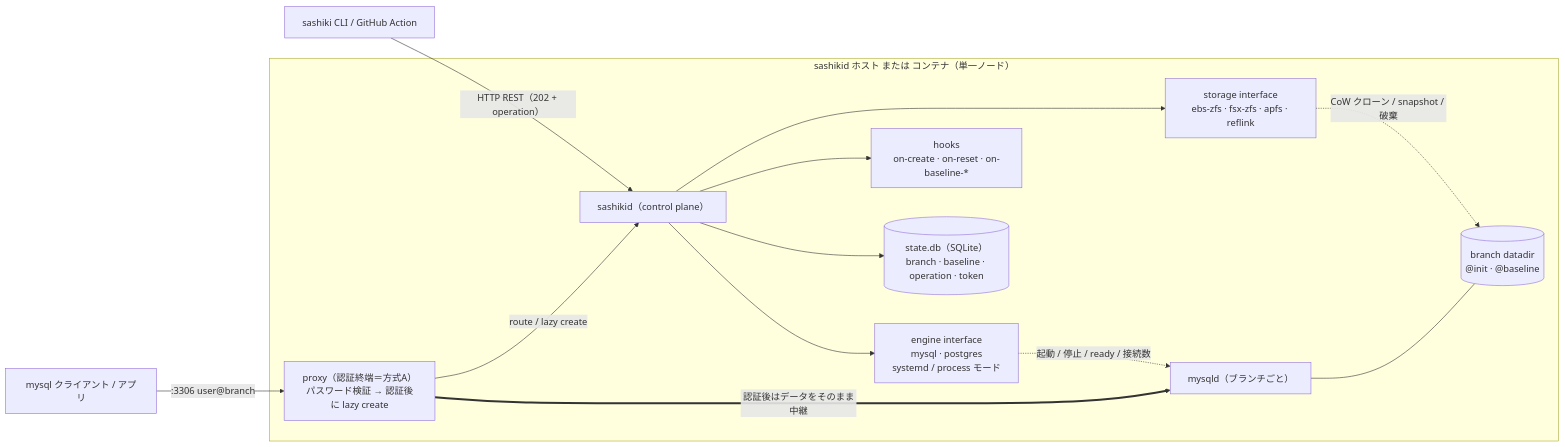
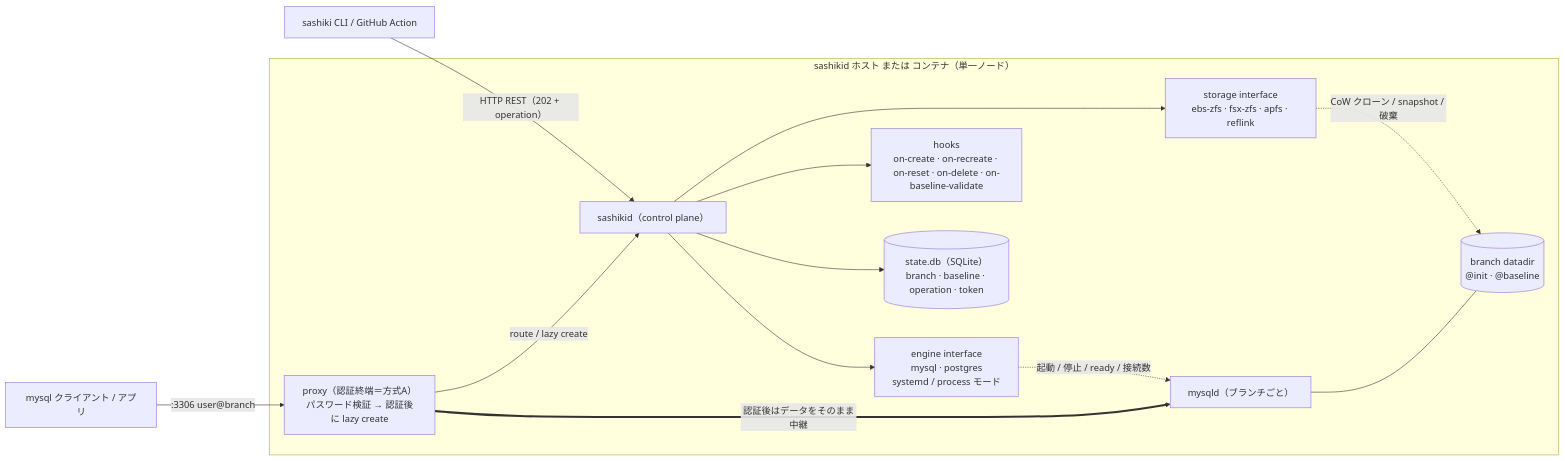
Before and after one commit to rikukadev/sashiki: the diagram in README.md, drawn with Mermaid. The commit also changed other lines of this file and 11 other files, not shown here.

````diff
--- a/README.md
+++ b/README.md
@@ -342,23 +353,23 @@
 ```mermaid
 flowchart LR
   cli["sashiki CLI / GitHub Action"]
   app["mysql クライアント / アプリ"]
 
   cli -->|"HTTP REST（202 + operation）"| d
   app -->|":3306  user@branch"| proxy
 
   subgraph host["sashikid ホスト または コンテナ（単一ノード）"]
     proxy["proxy（認証終端＝方式A）<br/>パスワード検証 → 認証後に lazy create"]
     d["sashikid（control plane）"]
     proxy -->|"route / lazy create"| d
     d --> storage["storage interface<br/>ebs-zfs · fsx-zfs · apfs · reflink"]
     d --> engine["engine interface<br/>mysql · postgres<br/>systemd / process モード"]
-    d --> hooks["hooks<br/>on-create · on-reset · on-baseline-*"]
+    d --> hooks["hooks<br/>on-create · on-recreate · on-reset · on-delete · on-baseline-validate"]
     d --> state[("state.db（SQLite）<br/>branch · baseline · operation · token")]
     engine -.->|"起動 / 停止 / ready / 接続数"| mysqld["mysqld（ブランチごと）"]
     storage -.->|"CoW クローン / snapshot / 破棄"| datadir[("branch datadir<br/>@init · @baseline")]
     mysqld --- datadir
   end
 
   proxy ==>|"認証後はデータをそのまま中継"| mysqld
 ```
````
